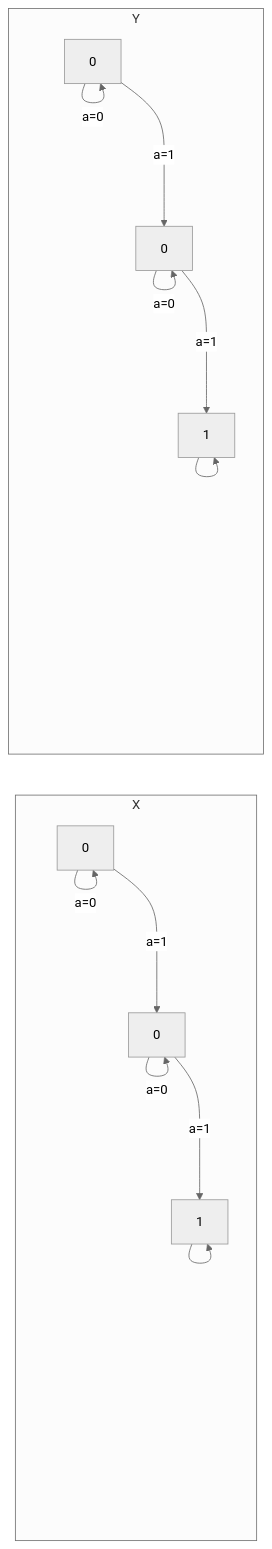
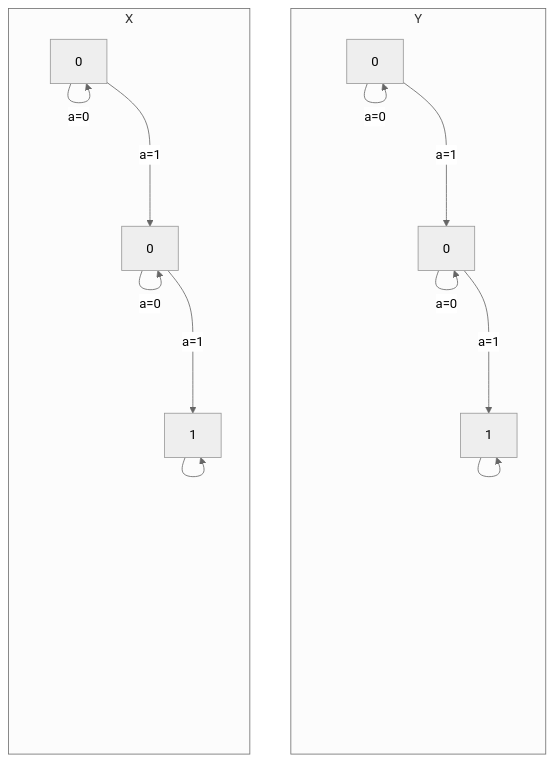
Before and after one commit to tnichols217/notes: the diagram in CSDS 281 - Logic Design/HW/8/Tables.md, drawn with Mermaid (neutral theme).

Commit message:
vault backup: 2024-04-03 21:57:54

````diff
--- a/CSDS 281 - Logic Design/HW/8/Tables.md
+++ b/CSDS 281 - Logic Design/HW/8/Tables.md
@@ -1,17 +1,18 @@
 ```mermaid
 flowchart LR
 subgraph X
 01x[0] --->|a=0| 01x
 01x --->|a=1| 02x[0]
 02x --->|a=0| 02x
 02x --->|a=1| 1x[1]
 1x ---> 1x
 end
+X ~~~ Y
 subgraph Y
 01[0] --->|a=0| 01
 01 --->|a=1| 02[0]
 02 --->|a=0| 02
 02 --->|a=1| 1
 1 ---> 1
 end
 ```
````
